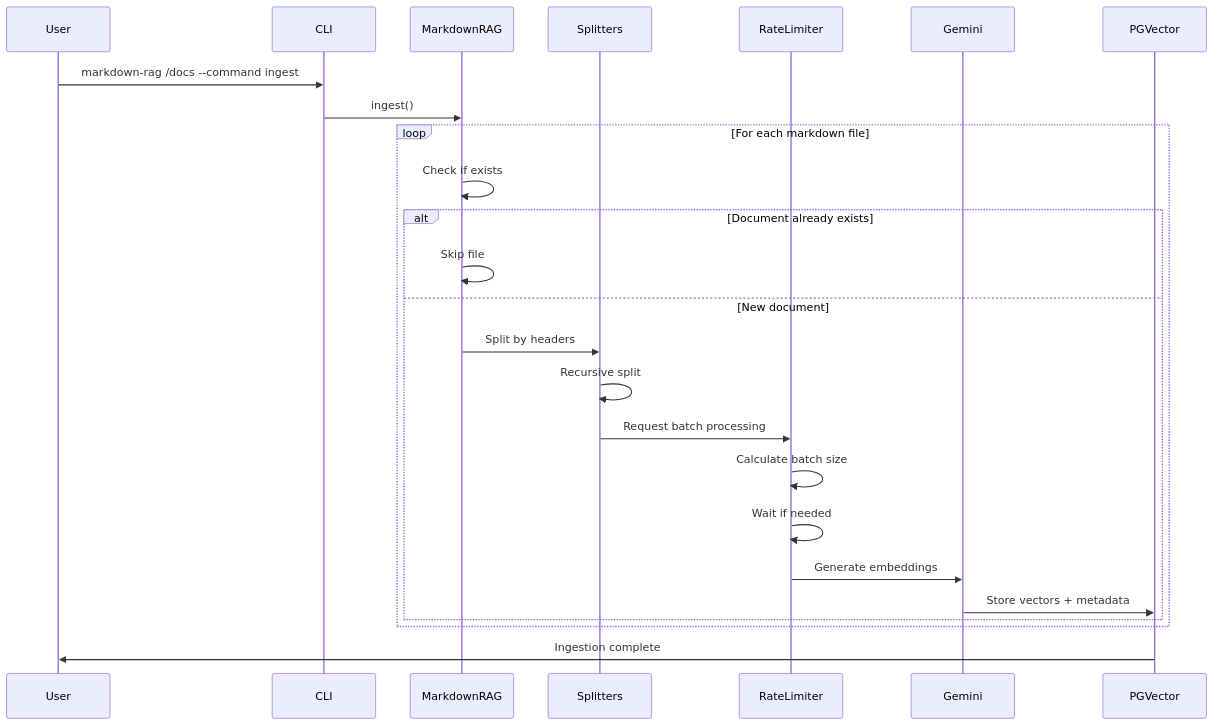
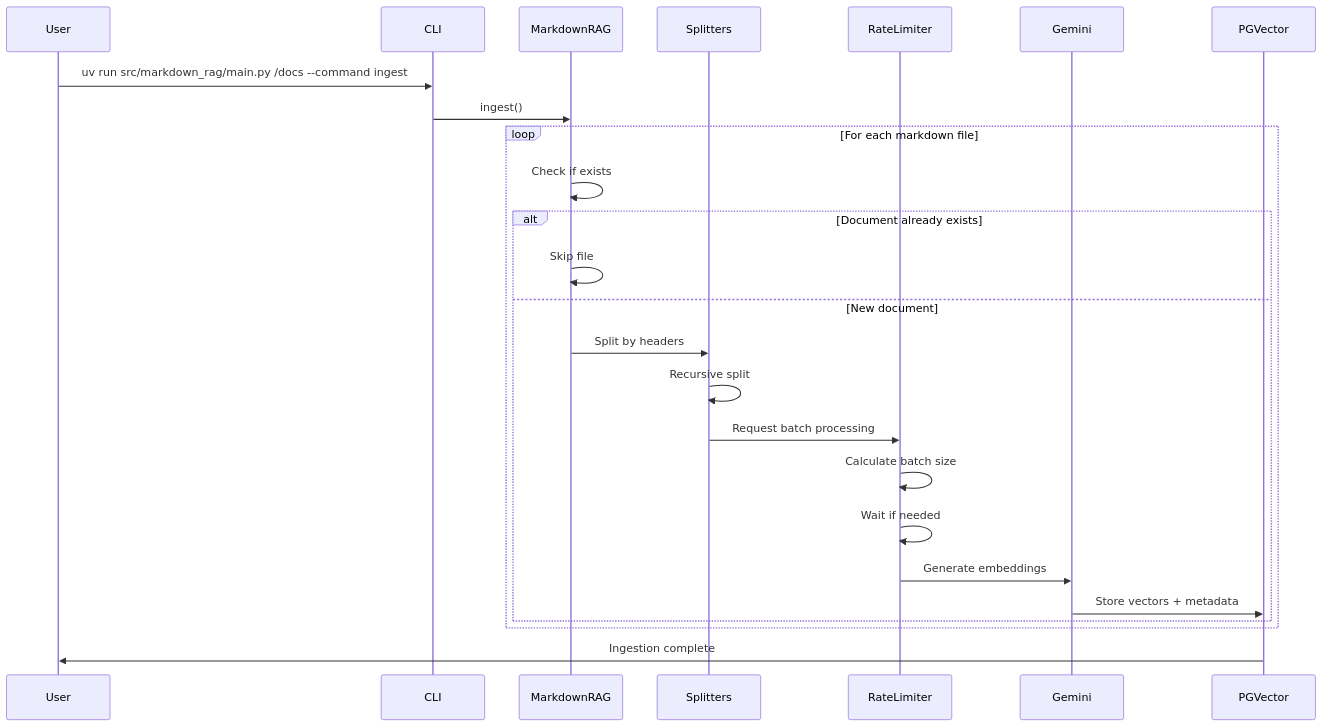
The third of 5 diagrams in docs/architecture.md (ashrobertsdragon/rag-mcp), drawn with Mermaid before and after one commit. The commit also changed other lines of this file and 4 other files, not shown here.

````diff
--- a/docs/architecture.md
+++ b/docs/architecture.md
@@ -90,30 +90,30 @@
 ```mermaid
 sequenceDiagram
     participant User
     participant CLI
     participant MarkdownRAG
     participant Splitters
     participant RateLimiter
     participant Gemini
     participant PGVector
 
-    User->>CLI: markdown-rag /docs --command ingest
+    User->>CLI: uv run src/markdown_rag/main.py /docs --command ingest
     CLI->>MarkdownRAG: ingest()
 
     loop For each markdown file
         MarkdownRAG->>MarkdownRAG: Check if exists
         alt Document already exists
             MarkdownRAG->>MarkdownRAG: Skip file
         else New document
             MarkdownRAG->>Splitters: Split by headers
             Splitters->>Splitters: Recursive split
             Splitters->>RateLimiter: Request batch processing
             RateLimiter->>RateLimiter: Calculate batch size
             RateLimiter->>RateLimiter: Wait if needed
             RateLimiter->>Gemini: Generate embeddings
             Gemini->>PGVector: Store vectors + metadata
         end
     end
 
     PGVector->>User: Ingestion complete
 ```
````
